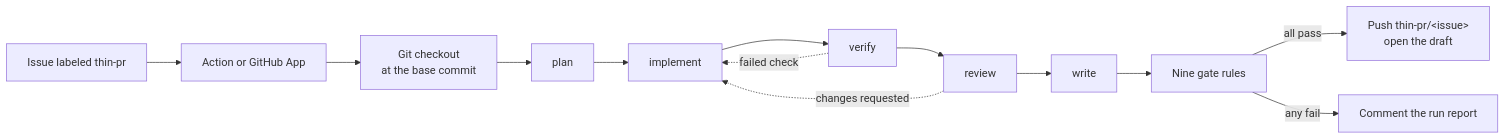
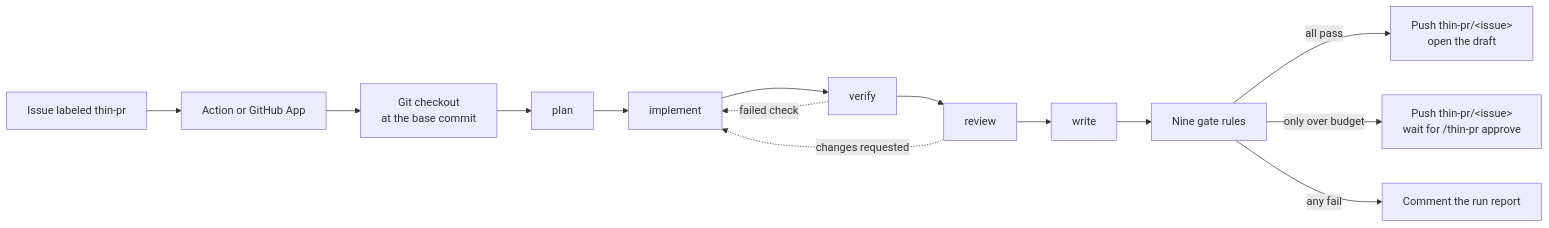
One commit to kocherev/thin-pr-orchestrator changed the diagram in README.md. Above: the diagram before and after it, drawn with Mermaid. The commit also changed other lines of this file and 108 other files, not shown here.

````diff
--- a/README.md
+++ b/README.md
@@ -21,11 +21,12 @@
 ```mermaid
 flowchart LR
   label["Issue labeled thin-pr"] --> entry["Action or GitHub App"]
   entry --> checkout["Git checkout<br/>at the base commit"]
   checkout --> plan --> implement --> verify --> review --> write
   verify -. failed check .-> implement
   review -. changes requested .-> implement
   write --> gate["Nine gate rules"]
   gate -->|all pass| draft["Push thin-pr/&lt;issue&gt;<br/>open the draft"]
+  gate -->|only over budget| wait["Push thin-pr/&lt;issue&gt;<br/>wait for /thin-pr approve"]
   gate -->|any fail| comment["Comment the run report"]
 ```
````
